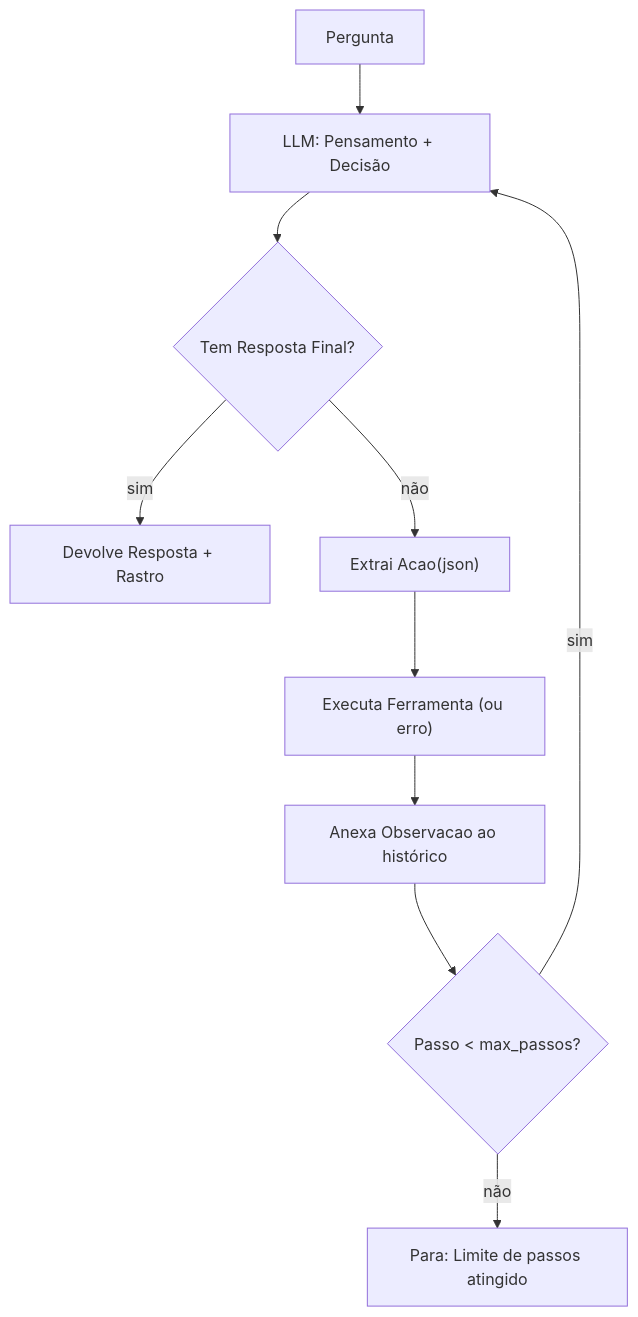
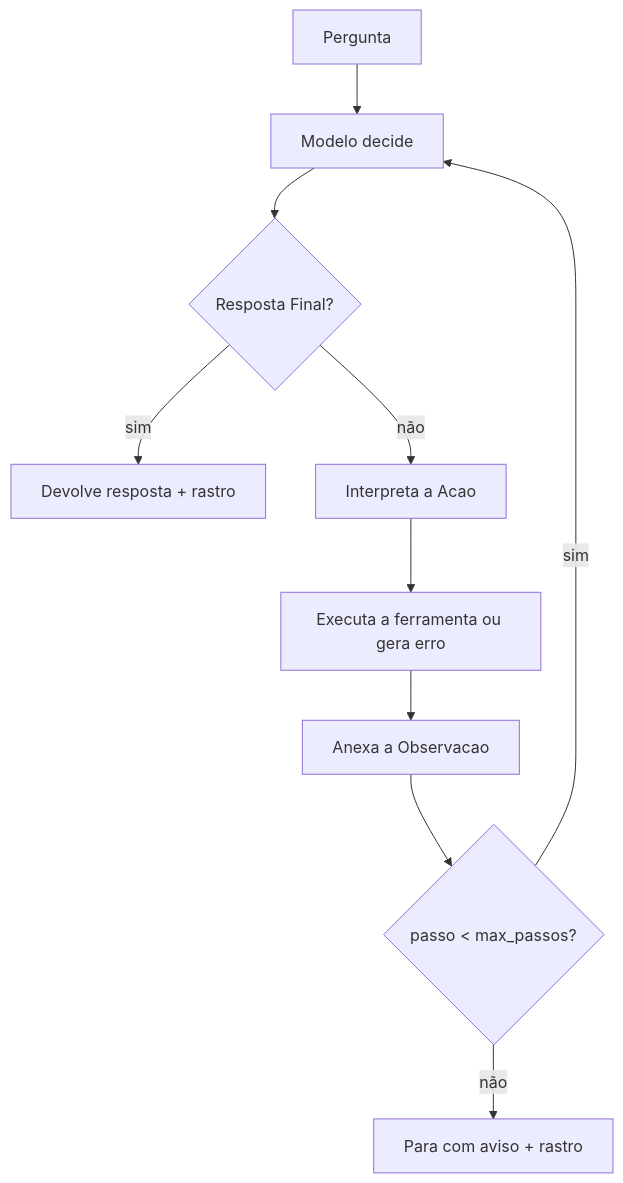
Before and after one commit to Lip3Bazinga/v0-level-usp-project: the diagram in content/cursos/n7-engenharia-de-ia/05-agentes-e-ferramentas/01-loop-de-agente-react.lvl.md, drawn with Mermaid. The commit also changed other lines of this file and 3 other files, not shown here.

````diff
--- a/content/cursos/n7-engenharia-de-ia/05-agentes-e-ferramentas/01-loop-de-agente-react.lvl.md
+++ b/content/cursos/n7-engenharia-de-ia/05-agentes-e-ferramentas/01-loop-de-agente-react.lvl.md
@@ -30,12 +35,12 @@
 ```mermaid
 flowchart TD
-    P["Pergunta"] --> L["LLM: Pensamento + Decisão"]
-    L --> RF{"Tem Resposta Final?"}
-    RF -- "sim" --> FIM["Devolve Resposta + Rastro"]
-    RF -- "não" --> EX["Extrai Acao(json)"]
-    EX --> F["Executa Ferramenta (ou erro)"]
-    F --> O["Anexa Observacao ao histórico"]
-    O --> LIM{"Passo < max_passos?"}
+    P["Pergunta"] --> L["Modelo decide"]
+    L --> RF{"Resposta Final?"}
+    RF -- "sim" --> FIM["Devolve resposta + rastro"]
+    RF -- "não" --> EX["Interpreta a Acao"]
+    EX --> F["Executa a ferramenta ou gera erro"]
+    F --> O["Anexa a Observacao"]
+    O --> LIM{"passo < max_passos?"}
     LIM -- "sim" --> L
-    LIM -- "não" --> PAR["Para: Limite de passos atingido"]
+    LIM -- "não" --> PAR["Para com aviso + rastro"]
 ```
````
